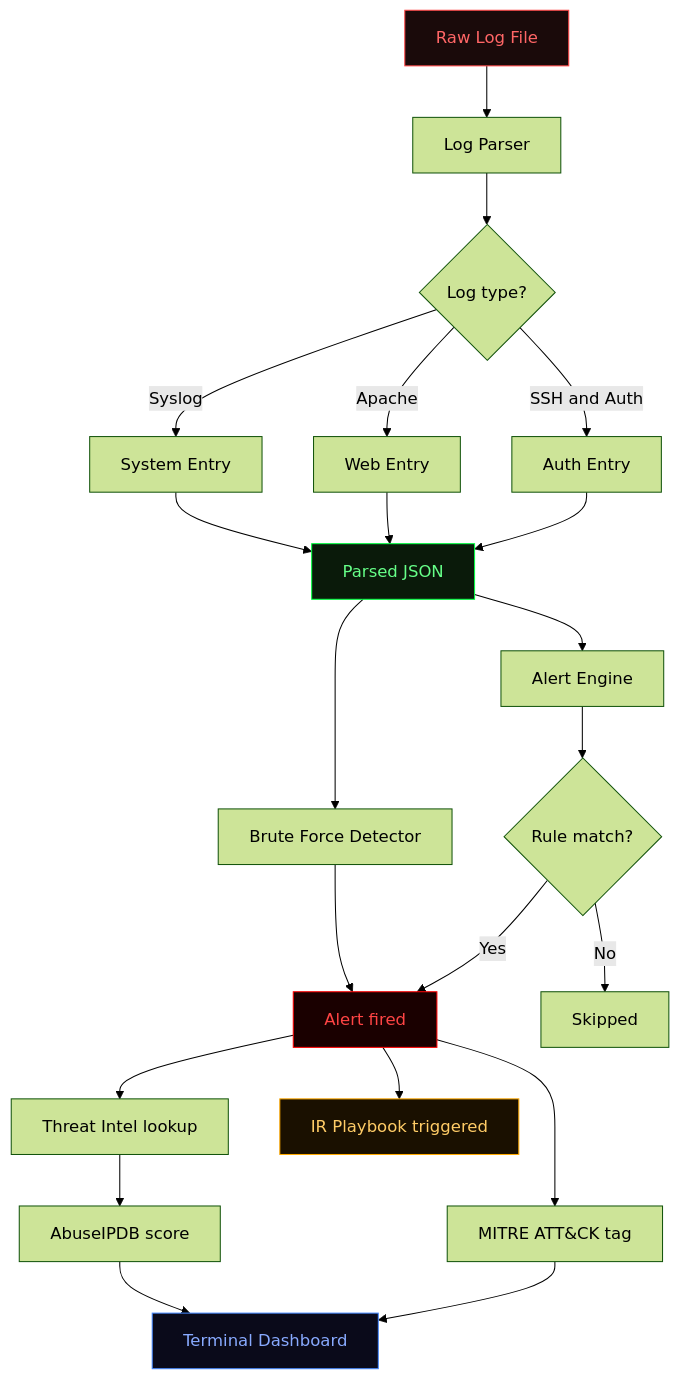
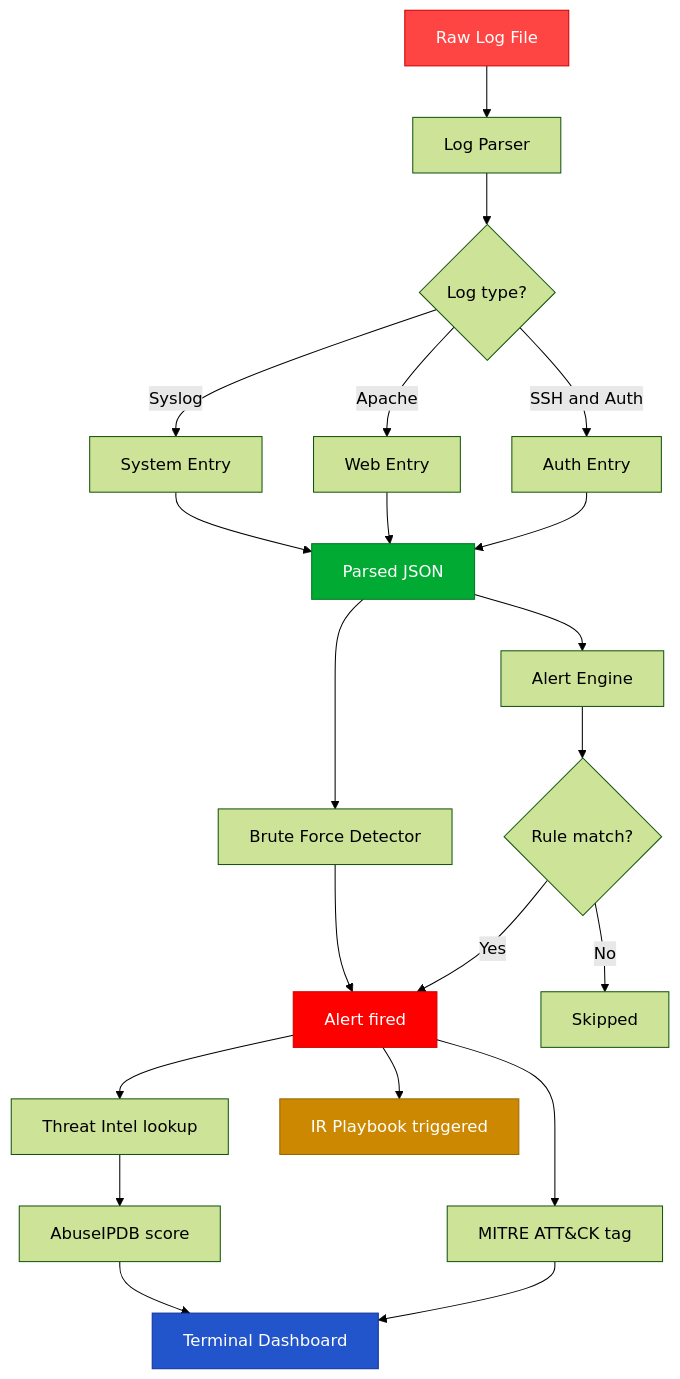
Before and after one commit to Speed-boo3/soc-project: the third of 8 diagrams in README.md, drawn with Mermaid (forest theme). The commit also changed other lines of this file, not shown here.

Commit message:
Fix diagram colors: bright readable nodes on all diagrams

````diff
--- a/README.md
+++ b/README.md
@@ -110,26 +147,26 @@
 ```mermaid
 flowchart TD
     A[Raw Log File] --> B[Log Parser]
     B --> C{Log type?}
     C -->|SSH and Auth| D[Auth Entry]
     C -->|Apache| E[Web Entry]
     C -->|Syslog| F[System Entry]
     D & E & F --> G[Parsed JSON]
     G --> H[Alert Engine]
     G --> P[Brute Force Detector]
     H --> I{Rule match?}
     I -->|Yes| J[Alert fired]
     I -->|No| K[Skipped]
     P --> J
     J --> L[MITRE ATT&CK tag]
     J --> M[Threat Intel lookup]
     M --> N[AbuseIPDB score]
     L & N --> O[Terminal Dashboard]
     J --> Q[IR Playbook triggered]
 
-    style A fill:#1a0a0a,color:#ff6666,stroke:#ff4444
-    style J fill:#1a0000,color:#ff4444,stroke:#ff0000
-    style G fill:#0a1a0a,color:#66ff88,stroke:#00ff41
-    style O fill:#0a0a1a,color:#88aaff,stroke:#4488ff
-    style Q fill:#1a1000,color:#ffcc66,stroke:#ffaa00
+    style A fill:#ff4444,color:#ffffff,stroke:#cc0000
+    style J fill:#ff0000,color:#ffffff,stroke:#cc0000
+    style G fill:#00aa33,color:#ffffff,stroke:#007722
+    style O fill:#2255cc,color:#ffffff,stroke:#113399
+    style Q fill:#cc8800,color:#ffffff,stroke:#996600
 ```
````
